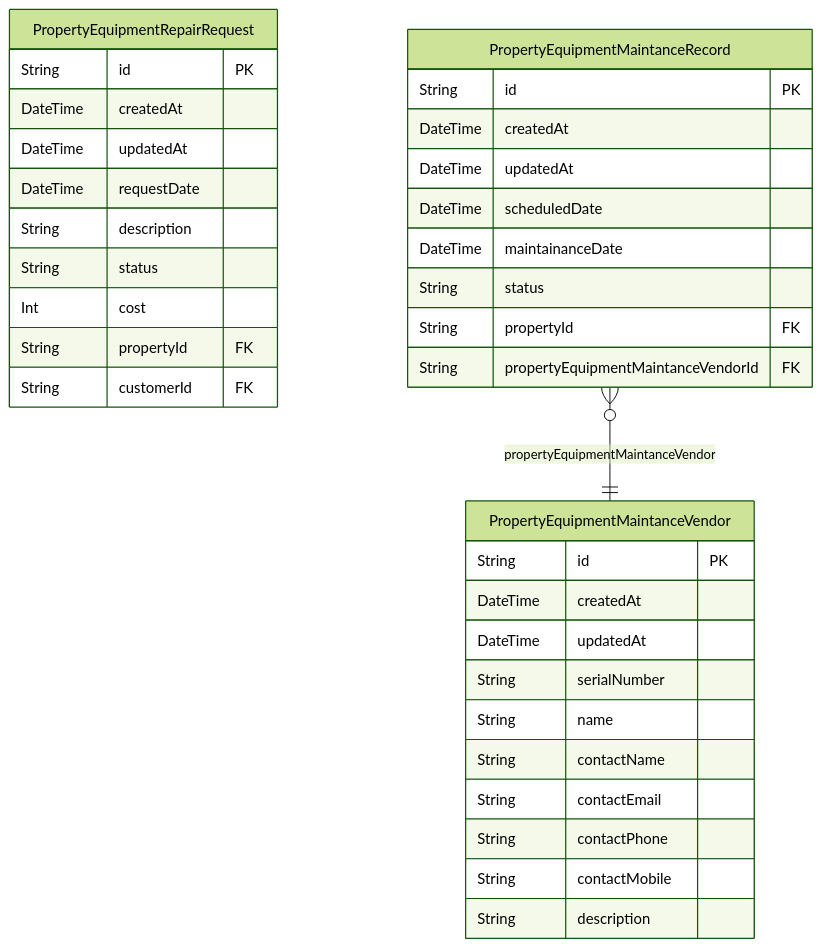
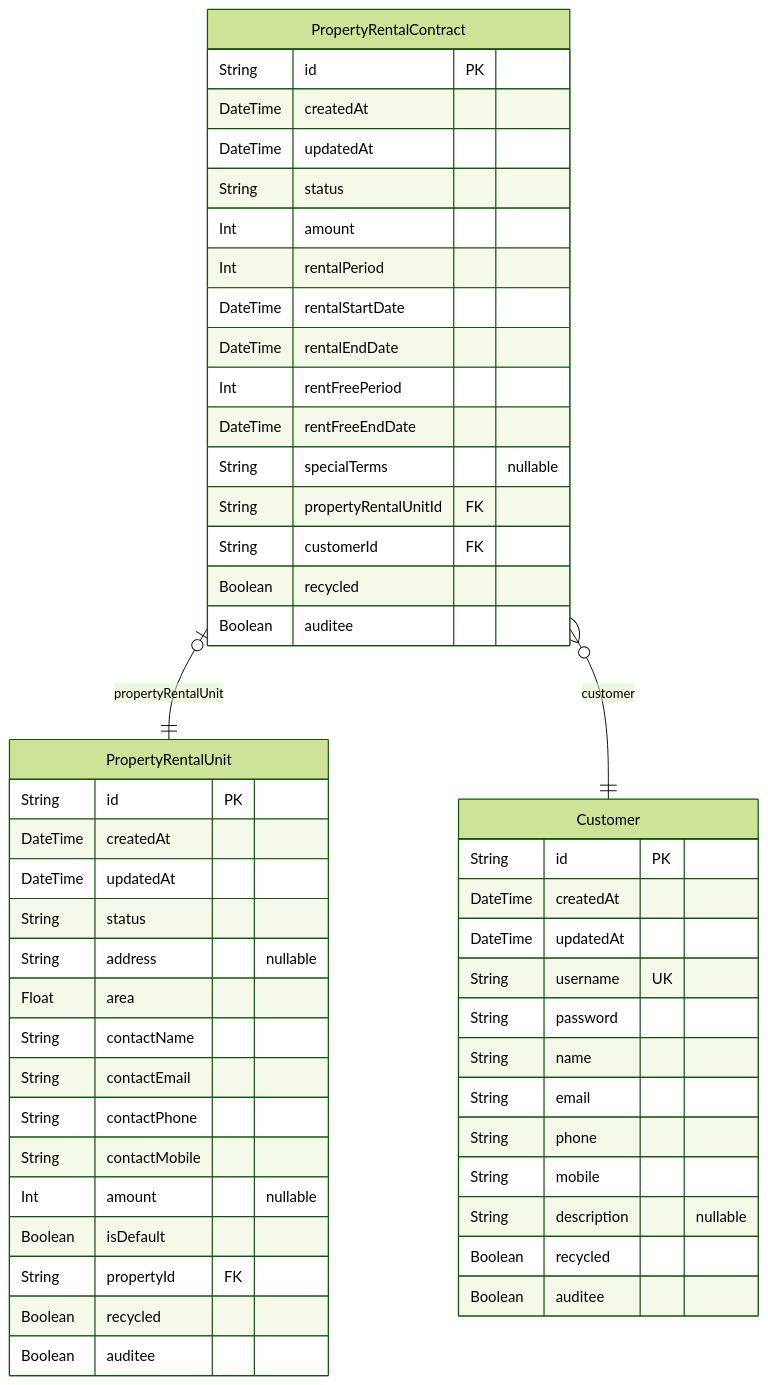
The fourth of 4 diagrams in generated/packages/ERD.md (Val0429/taiwan-life-insurance), drawn with Mermaid (forest theme) before and after one commit. The commit also changed other lines of this file and 10 other files, not shown here.

````diff
--- a/generated/packages/ERD.md
+++ b/generated/packages/ERD.md
@@ -405,37 +435,53 @@
 ```mermaid
 erDiagram
-"PropertyEquipmentRepairRequest" {
+"PropertyRentalUnit" {
     String id PK
     DateTime createdAt
     DateTime updatedAt
-    DateTime requestDate
-    String description
     String status
-    Int cost
-    String propertyId FK
-    String customerId FK
-}
-"PropertyEquipmentMaintanceVendor" {
-    String id PK
-    DateTime createdAt
-    DateTime updatedAt
-    String serialNumber
-    String name
+    String address "nullable"
+    Float area
     String contactName
     String contactEmail
     String contactPhone
     String contactMobile
-    String description
+    Int amount "nullable"
+    Boolean isDefault
+    String propertyId FK
+    Boolean recycled
+    Boolean auditee
 }
-"PropertyEquipmentMaintanceRecord" {
+"PropertyRentalContract" {
     String id PK
     DateTime createdAt
     DateTime updatedAt
-    DateTime scheduledDate
-    DateTime maintainanceDate
     String status
-    String propertyId FK
-    String propertyEquipmentMaintanceVendorId FK
+    Int amount
+    Int rentalPeriod
+    DateTime rentalStartDate
+    DateTime rentalEndDate
+    Int rentFreePeriod
+    DateTime rentFreeEndDate
+    String specialTerms "nullable"
+    String propertyRentalUnitId FK
+    String customerId FK
+    Boolean recycled
+    Boolean auditee
 }
-"PropertyEquipmentMaintanceRecord" }o--|| "PropertyEquipmentMaintanceVendor" : propertyEquipmentMaintanceVendor
+"Customer" {
+    String id PK
+    DateTime createdAt
+    DateTime updatedAt
+    String username UK
+    String password
+    String name
+    String email
+    String phone
+    String mobile
+    String description "nullable"
+    Boolean recycled
+    Boolean auditee
+}
+"PropertyRentalContract" |o--|| "PropertyRentalUnit" : propertyRentalUnit
+"PropertyRentalContract" }o--|| "Customer" : customer
 ```
````
